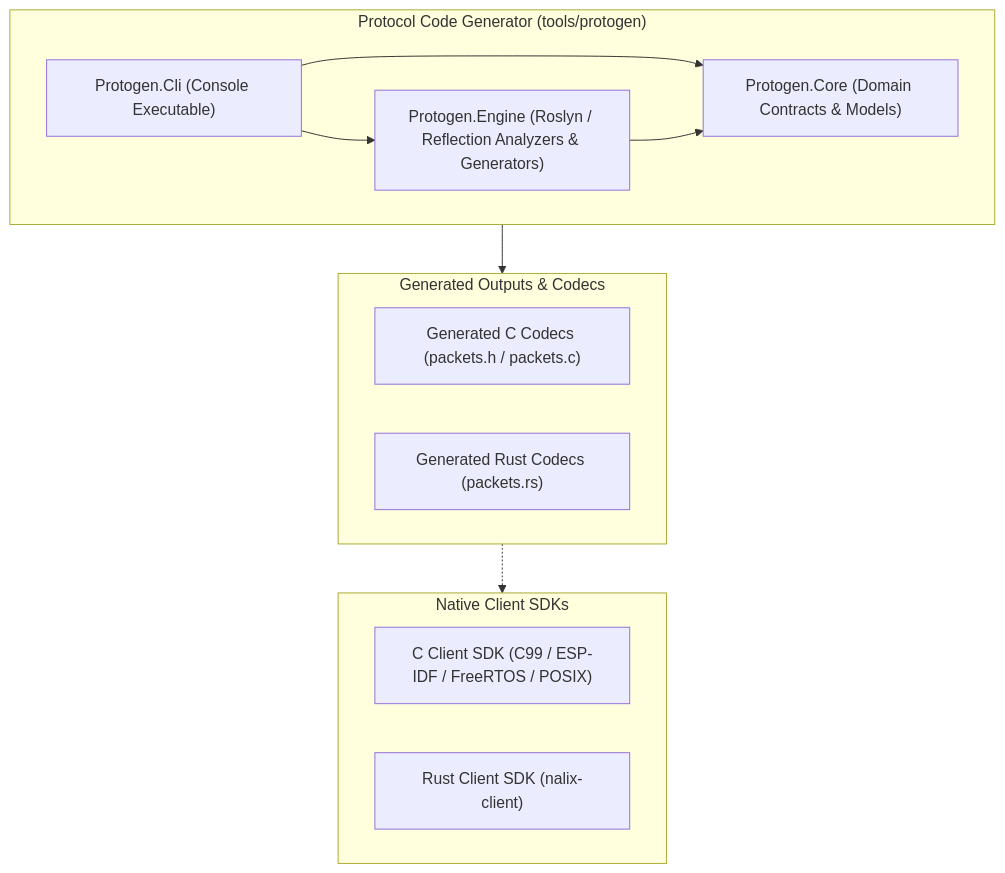
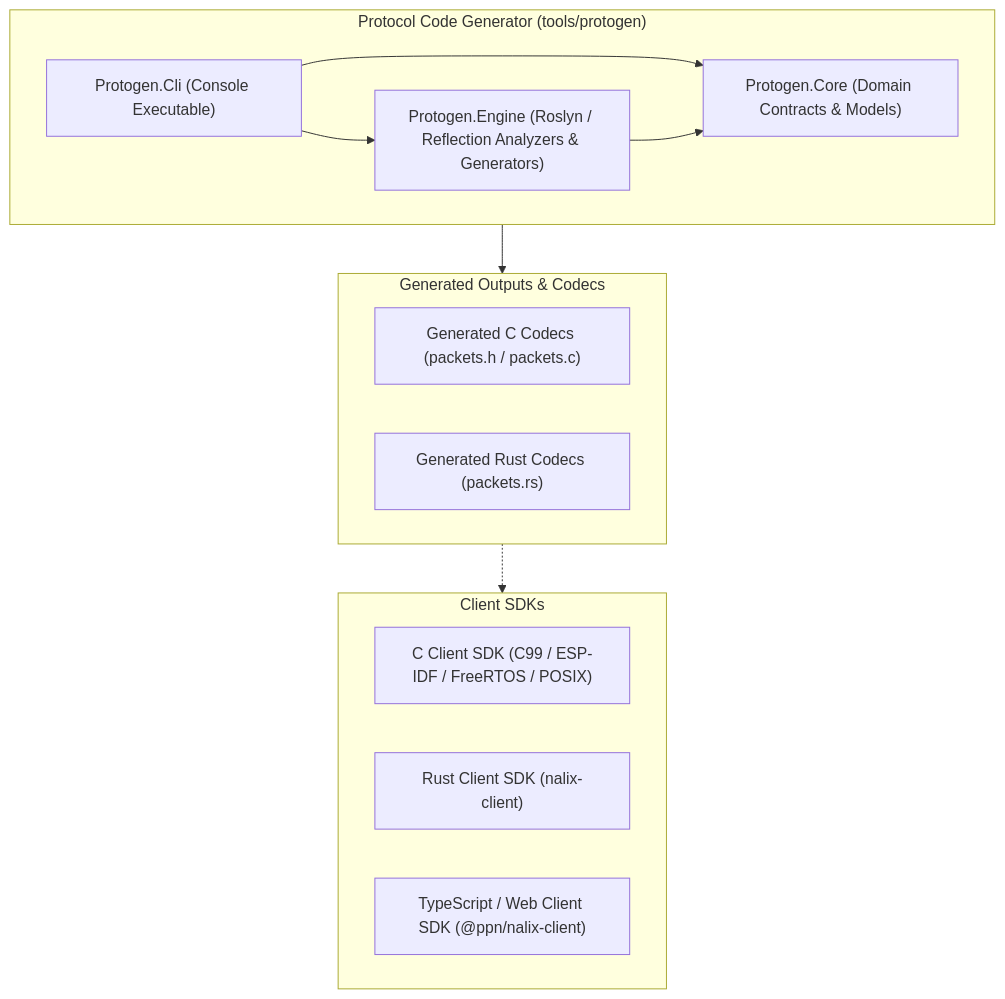
One commit to ppn-systems/nalix-native changed the diagram in docs/ARCHITECTURE.md. Above: the diagram before and after it, drawn with Mermaid. The commit also changed other lines of this file and 14 other files, not shown here.

Commit message:
feat(clients): add TypeScript client SDK with web browser and WebSocket support

````diff
--- a/docs/ARCHITECTURE.md
+++ b/docs/ARCHITECTURE.md
@@ -11,24 +11,25 @@
 ```mermaid
 graph TD
-    subgraph Clients ["Native Client SDKs"]
+    subgraph Clients ["Client SDKs"]
         ClientC["C Client SDK (C99 / ESP-IDF / FreeRTOS / POSIX)"]
         ClientRust["Rust Client SDK (nalix-client)"]
+        ClientTS["TypeScript / Web Client SDK (@ppn/nalix-client)"]
     end
 
     subgraph Tooling ["Protocol Code Generator (tools/protogen)"]
         CLI["Protogen.Cli (Console Executable)"]
         Core["Protogen.Core (Domain Contracts & Models)"]
         Engine["Protogen.Engine (Roslyn / Reflection Analyzers & Generators)"]
         CLI --> Core
         CLI --> Engine
         Engine --> Core
     end
 
     subgraph Outputs ["Generated Outputs & Codecs"]
         CCodecs["Generated C Codecs (packets.h / packets.c)"]
         RustCodecs["Generated Rust Codecs (packets.rs)"]
     end
 
     Tooling --> Outputs
     Outputs -.-> Clients
 ```
````
